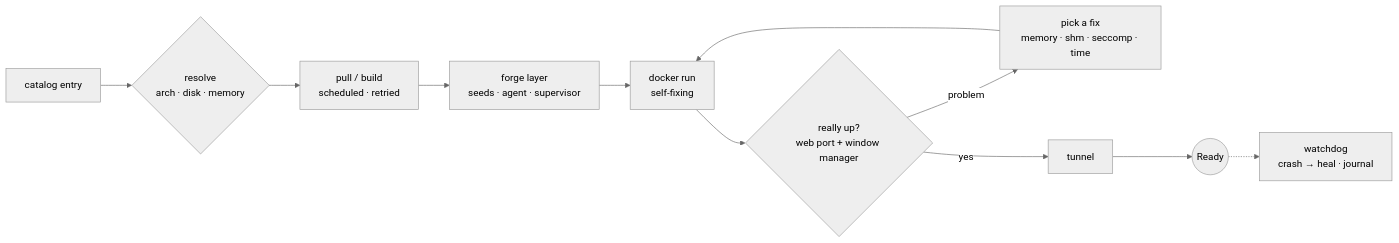
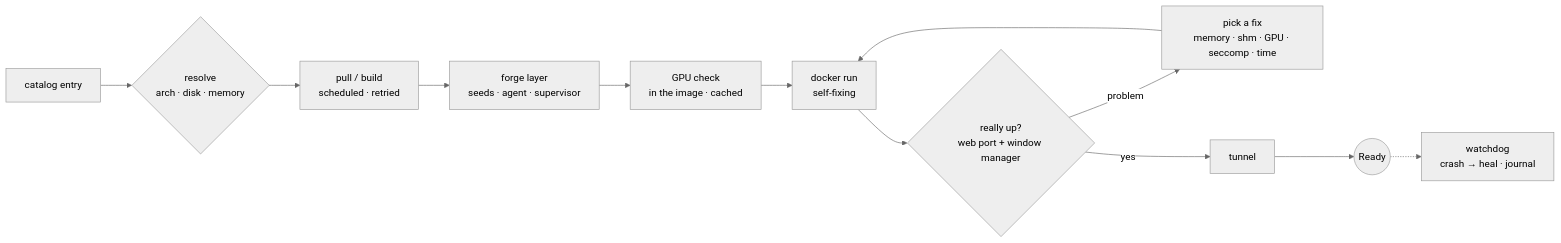
One commit to adatskov-wcpss/animated-fiesta changed the diagram in README.md. Above: the diagram before and after it, drawn with Mermaid (neutral theme). The commit also changed other lines of this file and 20 other files, not shown here.

````diff
--- a/README.md
+++ b/README.md
@@ -146,12 +146,13 @@
 ```mermaid
 flowchart LR
   A[catalog entry] --> B{resolve<br/>arch · disk · memory}
   B --> C[pull / build<br/>scheduled · retried]
   C --> D[forge layer<br/>seeds · agent · supervisor]
-  D --> E[docker run<br/>self-fixing]
+  D --> P[GPU check<br/>in the image · cached]
+  P --> E[docker run<br/>self-fixing]
   E --> F{really up?<br/>web port + window manager}
-  F -- problem --> G[pick a fix<br/>memory · shm · seccomp · time]
+  F -- problem --> G[pick a fix<br/>memory · shm · GPU · seccomp · time]
   G --> E
   F -- yes --> H[tunnel] --> I((Ready))
   I -.-> W[watchdog<br/>crash → heal · journal]
 ```
````
